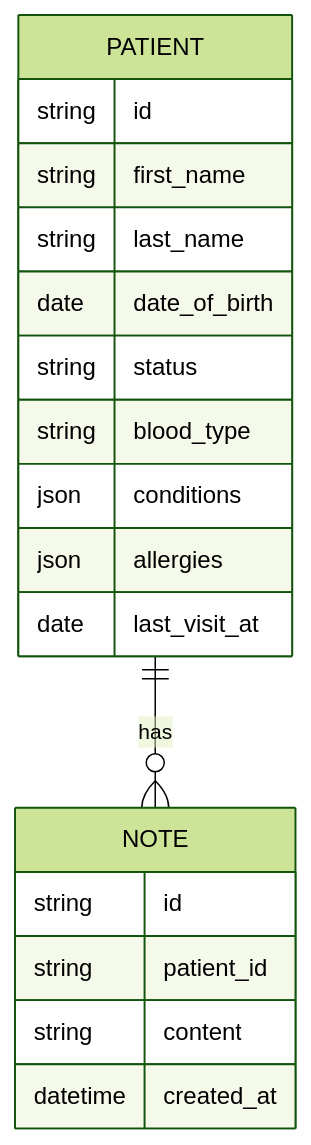
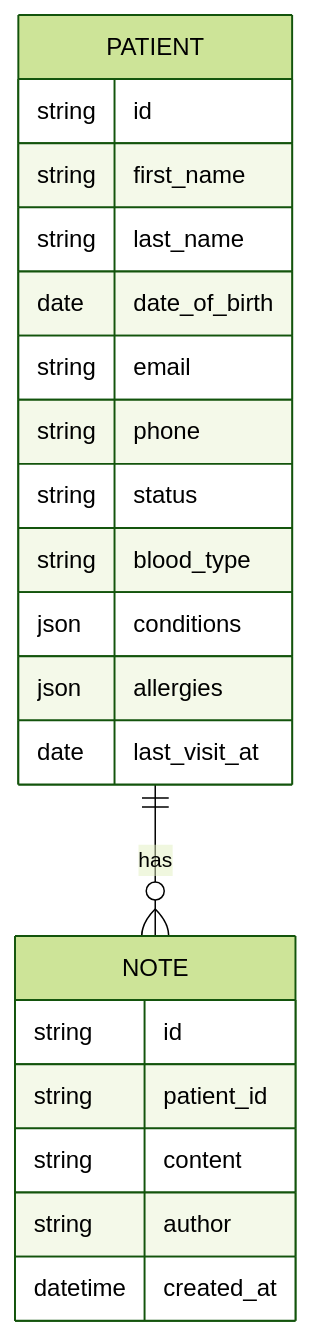
The fourth of 4 diagrams in docs/ARCHITECTURE_TIMELINE.md (ngavelek/ascertain-healthcare-dashboard), drawn with Mermaid (forest theme) before and after one commit. The commit also changed other lines of this file, not shown here.

First line of the commit message:
Revise architecture timeline for healthcare dashboard

````diff
--- a/docs/ARCHITECTURE_TIMELINE.md
+++ b/docs/ARCHITECTURE_TIMELINE.md
@@ -687,21 +56,26 @@
 ```mermaid
 erDiagram
-  PATIENT ||--o{ NOTE : has
-  PATIENT {
-    string id
-    string first_name
-    string last_name
-    date date_of_birth
-    string status
-    string blood_type
-    json conditions
-    json allergies
-    date last_visit_at
-  }
-  NOTE {
-    string id
-    string patient_id
-    string content
-    datetime created_at
-  }
+    PATIENT ||--o{ NOTE : has
+
+    PATIENT {
+        string id
+        string first_name
+        string last_name
+        date date_of_birth
+        string email
+        string phone
+        string status
+        string blood_type
+        json conditions
+        json allergies
+        date last_visit_at
+    }
+
+    NOTE {
+        string id
+        string patient_id
+        string content
+        string author
+        datetime created_at
+    }
 ```
````
